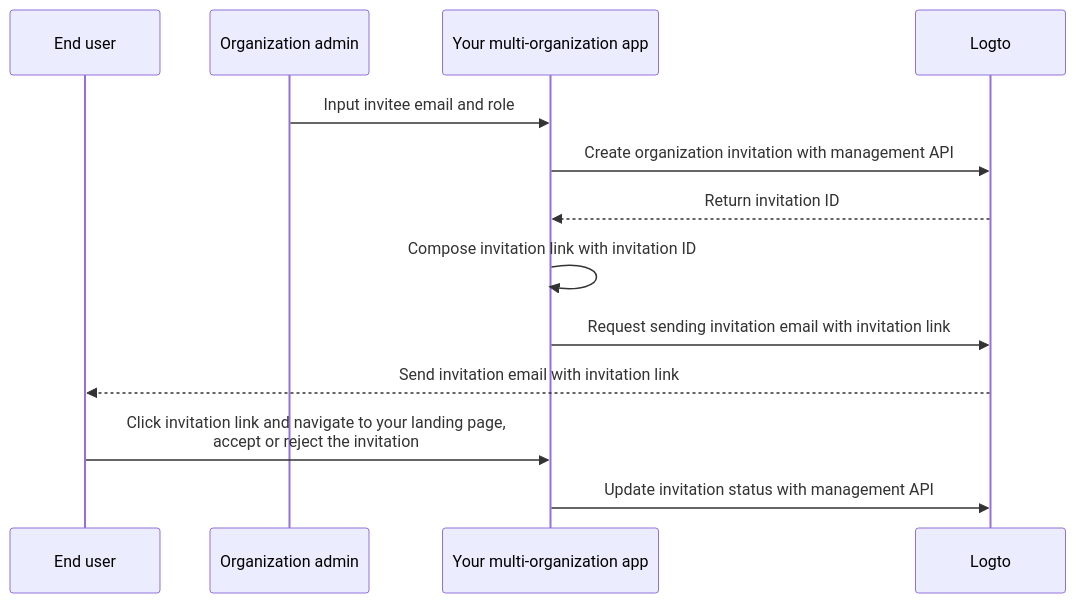
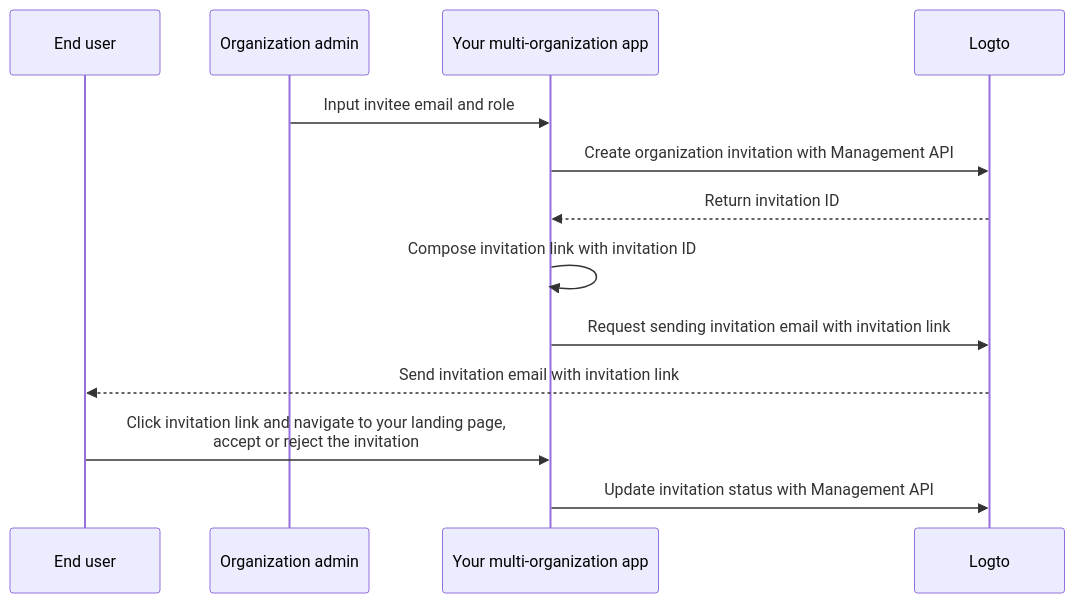
One commit to logto-io/docs changed the diagram in docs/docs/recipes/organizations/organization-invitations.mdx. Above: the diagram before and after it, drawn with Mermaid. The commit also changed other lines of this file and 5 other files, not shown here.

````diff
--- a/docs/docs/recipes/organizations/organization-invitations.mdx
+++ b/docs/docs/recipes/organizations/organization-invitations.mdx
@@ -15,16 +15,16 @@
 ```mermaid
 sequenceDiagram
 	Participant U as End user
   Participant A as Organization admin
   Participant C as Your multi-organization app
 	Participant L as Logto
 
   A ->> C: Input invitee email and role
-  C ->> L: Create organization invitation with management API
+  C ->> L: Create organization invitation with Management API
   L -->> C: Return invitation ID
   C ->> C: Compose invitation link with invitation ID
   C ->> L: Request sending invitation email with invitation link
   L -->> U: Send invitation email with invitation link
   U ->> C: Click invitation link and navigate to your landing page,<br /> accept or reject the invitation
-  C ->> L: Update invitation status with management API
+  C ->> L: Update invitation status with Management API
 ```
````
